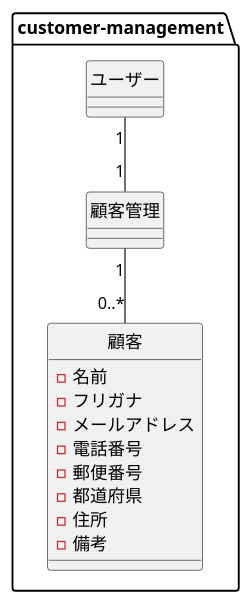
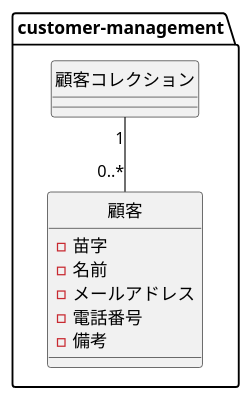
One commit to fumiakikobayashi/customer-management-sample changed the diagram in document/ドメインモデル図/DomainModel.puml. Above: the diagram before and after it, drawn with PlantUML.

Commit message:
modification of domain model diagram

```diff
--- a/document/ドメインモデル図/DomainModel.puml
+++ b/document/ドメインモデル図/DomainModel.puml
@@ -1,25 +1,19 @@
 @startuml
 
 hide circle
 
 package customer-management {
-    class ユーザー {
-    }
-	class 顧客管理 {
+	class 顧客コレクション {
 	}
 	class 顧客 {
+        - 苗字
         - 名前
-        - フリガナ
         - メールアドレス
         - 電話番号
-        - 郵便番号
-        - 都道府県
-        - 住所
         - 備考
     }
 
-    ユーザー "1" -- "1" 顧客管理
-    顧客管理 "1" -- "0..*" 顧客
+    顧客コレクション "1" -- "0..*" 顧客
 }
 
 @enduml
```
